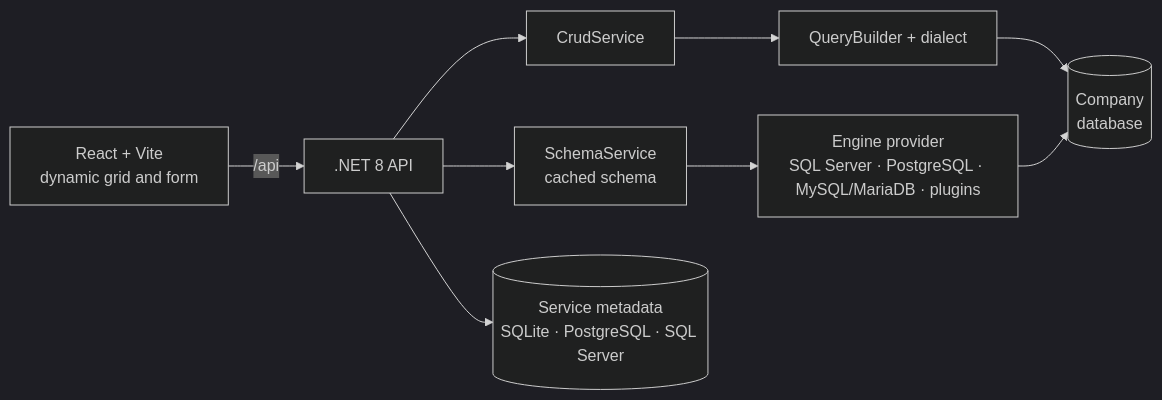
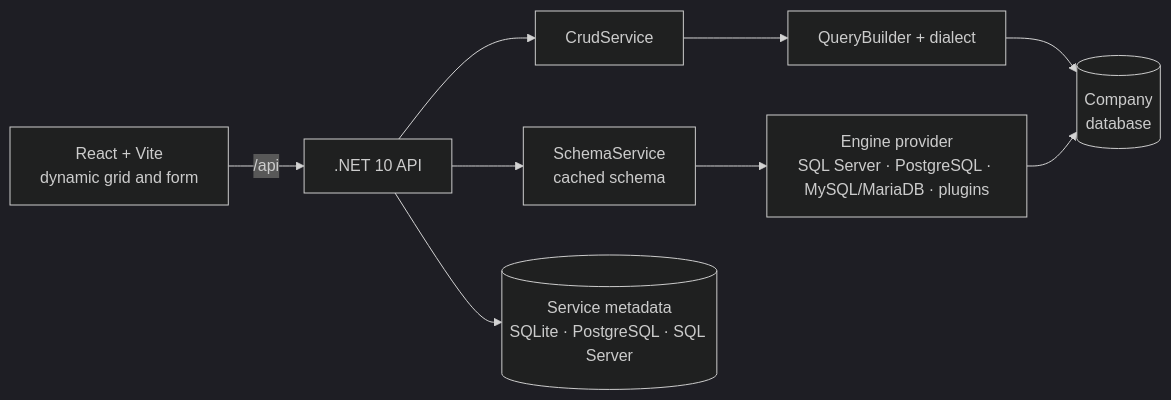
The diagram in README.en.md (Ashuraxaxa/CodeAndForget), drawn with Mermaid (dark theme) before and after one commit. The commit also changed other lines of this file and 25 other files, not shown here.

````diff
--- a/README.en.md
+++ b/README.en.md
@@ -101,11 +101,11 @@
 ```mermaid
 flowchart LR
-    UI["React + Vite<br/>dynamic grid and form"] -->|/api| API[".NET 8 API"]
+    UI["React + Vite<br/>dynamic grid and form"] -->|/api| API[".NET 10 API"]
     API --> Schema["SchemaService<br/>cached schema"]
     API --> Crud["CrudService"]
     Crud --> QB["QueryBuilder + dialect"]
     Schema --> Prov["Engine provider<br/>SQL Server · PostgreSQL · MySQL/MariaDB · plugins"]
     QB --> DB[("Company<br/>database")]
     Prov --> DB
     API --> Meta[("Service metadata<br/>SQLite · PostgreSQL · SQL Server")]
 ```
````
